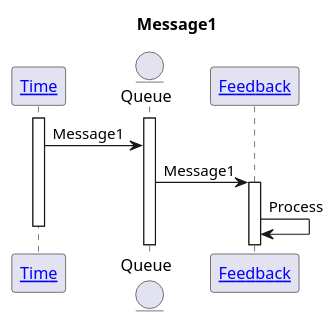
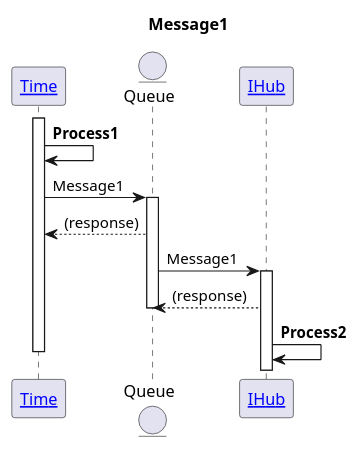
Before and after one commit to aleksandr-bit1/test: the diagram in dochub/workspace/messages/message1.puml, drawn with PlantUML. The commit also changed 2 other files, not shown here.

```diff
--- a/dochub/workspace/messages/message1.puml
+++ b/dochub/workspace/messages/message1.puml
@@ -1,14 +1,17 @@
 @startuml
 title Message1
-participant "[[/architect/components/aeroclub.time Time]]" as Time
+participant "[[/architect/components/applications.time Time]]" as Time
 entity Queue
-participant "[[/architect/components/aeroclub.feedback Feedback]]" as Feedback
+participant "[[/architect/components/applications.integration.hub IHub]]" as IHub
 
 activate Time
-activate Queue
-Time -> Queue : Message1
-Queue -> Feedback ++ : Message1
-Feedback -> Feedback : Process
+Time -> Time : **Process1**
+Time -> Queue ++ : Message1
+Time <-- Queue : (response)
+Queue -> IHub ++ : Message1
+Queue <-- IHub : (response)
+deactivate Queue
+IHub -> IHub : **Process2**
 
 deactivate Time
 @enduml
```
